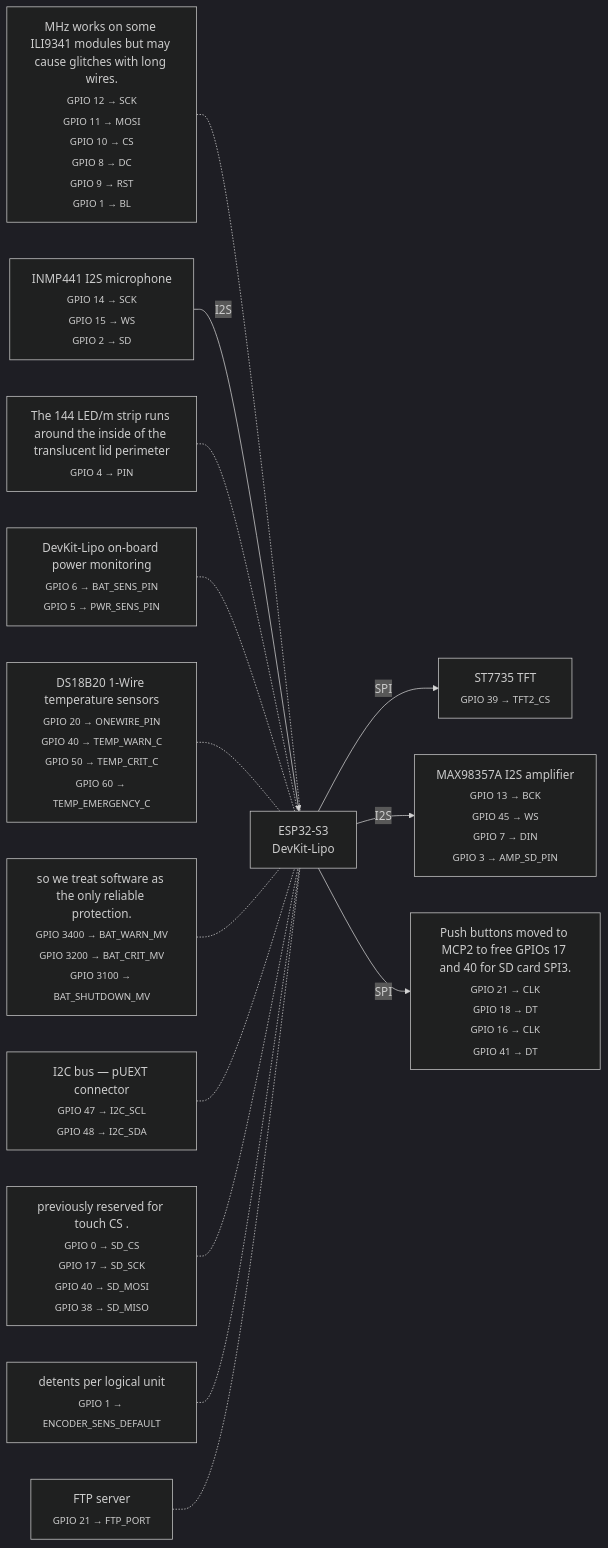
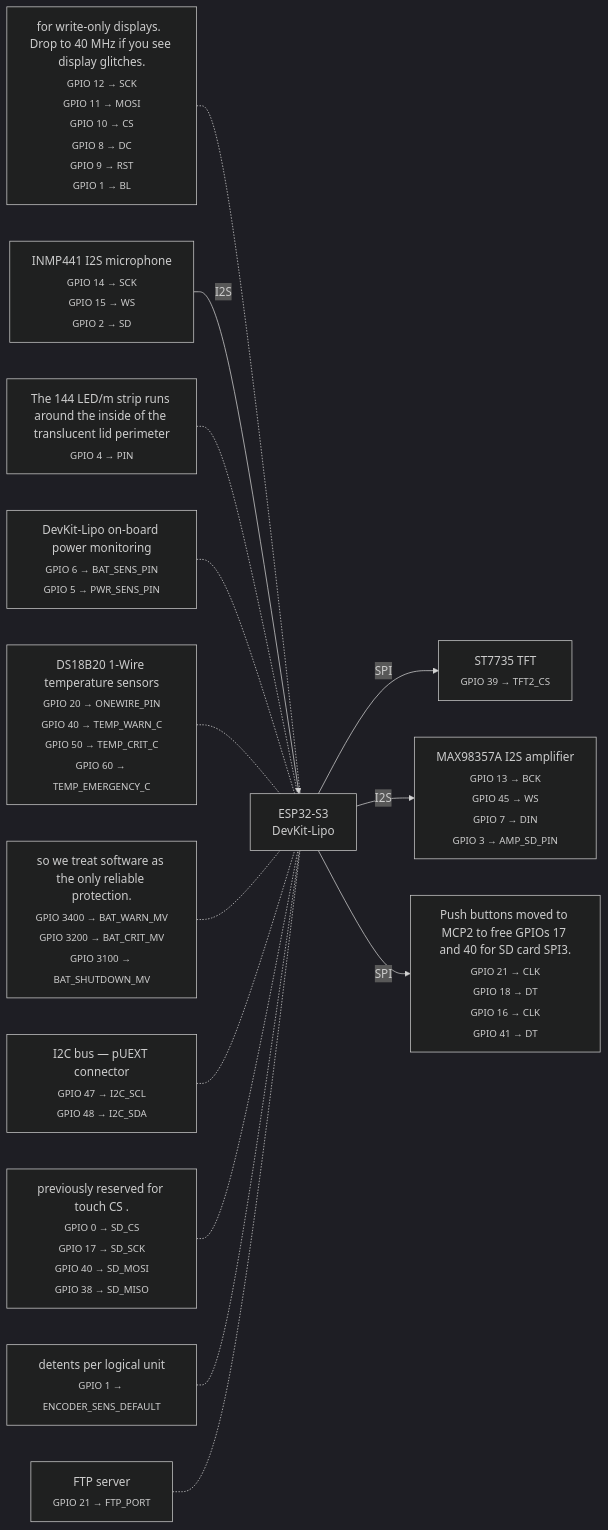
One commit to mandakan/bodn-esp32 changed the diagram in docs/wiring.md. Above: the diagram before and after it, drawn with Mermaid (dark theme). The commit also changed other lines of this file and 2 other files, not shown here.

First line of the commit message:
perf: 80 MHz SPI clock + SPI_DEVICE_NO_DUMMY for write-only displays

````diff
--- a/docs/wiring.md
+++ b/docs/wiring.md
@@ -8,44 +8,44 @@
 ```mermaid
 graph LR
     ESP["ESP32-S3<br/>DevKit-Lipo"]
 
-    MHzworksonsomeILI9341modulesbutmaycauseglitcheswithlongwires["MHz works on some ILI9341 modules but may cause glitches with long wires.<br/><sub>GPIO 12 → SCK<br/>GPIO 11 → MOSI<br/>GPIO 10 → CS<br/>GPIO 8 → DC<br/>GPIO 9 → RST<br/>GPIO 1 → BL</sub>"]
-    MHzworksonsomeILI9341modulesbutmaycauseglitcheswithlongwires -.- ESP
+    forwriteonlydisplaysDropto40MHzifyouseedisplayglitches["for write-only displays.  Drop to 40 MHz if you see display glitches.<br/><sub>GPIO 12 → SCK<br/>GPIO 11 → MOSI<br/>GPIO 10 → CS<br/>GPIO 8 → DC<br/>GPIO 9 → RST<br/>GPIO 1 → BL</sub>"]
+    forwriteonlydisplaysDropto40MHzifyouseedisplayglitches -.- ESP
 
     ST7735TFT["ST7735 TFT<br/><sub>GPIO 39 → TFT2_CS</sub>"]
     ESP -- SPI --> ST7735TFT
 
     INMP441I2Smicrophone["INMP441 I2S microphone<br/><sub>GPIO 14 → SCK<br/>GPIO 15 → WS<br/>GPIO 2 → SD</sub>"]
     INMP441I2Smicrophone -- I2S --> ESP
 
     MAX98357AI2Samplifier["MAX98357A I2S amplifier<br/><sub>GPIO 13 → BCK<br/>GPIO 45 → WS<br/>GPIO 7 → DIN<br/>GPIO 3 → AMP_SD_PIN</sub>"]
     ESP -- I2S --> MAX98357AI2Samplifier
 
     PushbuttonsmovedtoMCP2tofreeGPIOs17and40forSDcardSPI3["Push buttons moved to MCP2 to free GPIOs 17 and 40 for SD card SPI3.<br/><sub>GPIO 21 → CLK<br/>GPIO 18 → DT<br/>GPIO 16 → CLK<br/>GPIO 41 → DT</sub>"]
     ESP -- SPI --> PushbuttonsmovedtoMCP2tofreeGPIOs17and40forSDcardSPI3
 
     The144LEDmstriprunsaroundtheinsideofthetranslucentlidperimeter["The 144 LED/m strip runs around the inside of the translucent lid perimeter<br/><sub>GPIO 4 → PIN</sub>"]
     The144LEDmstriprunsaroundtheinsideofthetranslucentlidperimeter -.- ESP
 
     DevKitLipoonboardpowermonitoring["DevKit-Lipo on-board power monitoring<br/><sub>GPIO 6 → BAT_SENS_PIN<br/>GPIO 5 → PWR_SENS_PIN</sub>"]
     DevKitLipoonboardpowermonitoring -.- ESP
 
     DS18B201Wiretemperaturesensors["DS18B20 1-Wire temperature sensors<br/><sub>GPIO 20 → ONEWIRE_PIN<br/>GPIO 40 → TEMP_WARN_C<br/>GPIO 50 → TEMP_CRIT_C<br/>GPIO 60 → TEMP_EMERGENCY_C</sub>"]
     DS18B201Wiretemperaturesensors -.- ESP
 
     sowetreatsoftwareastheonlyreliableprotection["so we treat software as the only reliable protection.<br/><sub>GPIO 3400 → BAT_WARN_MV<br/>GPIO 3200 → BAT_CRIT_MV<br/>GPIO 3100 → BAT_SHUTDOWN_MV</sub>"]
     sowetreatsoftwareastheonlyreliableprotection -.- ESP
 
     I2CbuspUEXTconnector["I2C bus — pUEXT connector<br/><sub>GPIO 47 → I2C_SCL<br/>GPIO 48 → I2C_SDA</sub>"]
     I2CbuspUEXTconnector -.- ESP
 
     previouslyreservedfortouchCS["previously reserved for touch CS .<br/><sub>GPIO 0 → SD_CS<br/>GPIO 17 → SD_SCK<br/>GPIO 40 → SD_MOSI<br/>GPIO 38 → SD_MISO</sub>"]
     previouslyreservedfortouchCS -.- ESP
 
     detentsperlogicalunit["detents per logical unit<br/><sub>GPIO 1 → ENCODER_SENS_DEFAULT</sub>"]
     detentsperlogicalunit -.- ESP
 
     FTPserver["FTP server<br/><sub>GPIO 21 → FTP_PORT</sub>"]
     FTPserver -.- ESP
 
 ```
````
